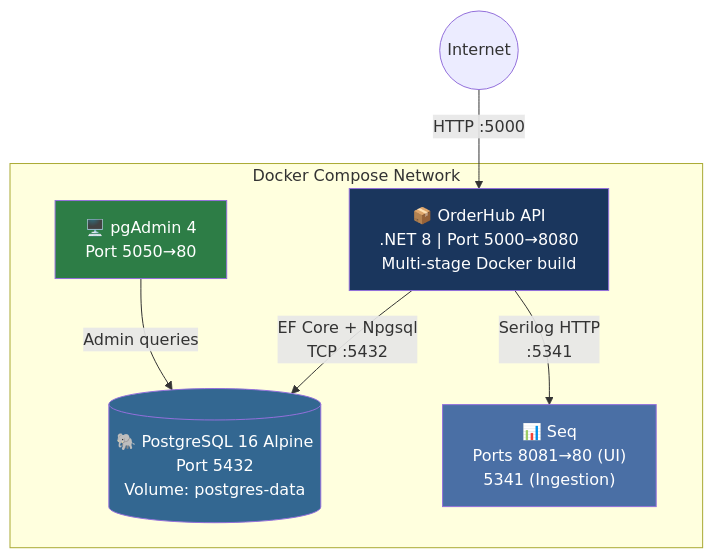
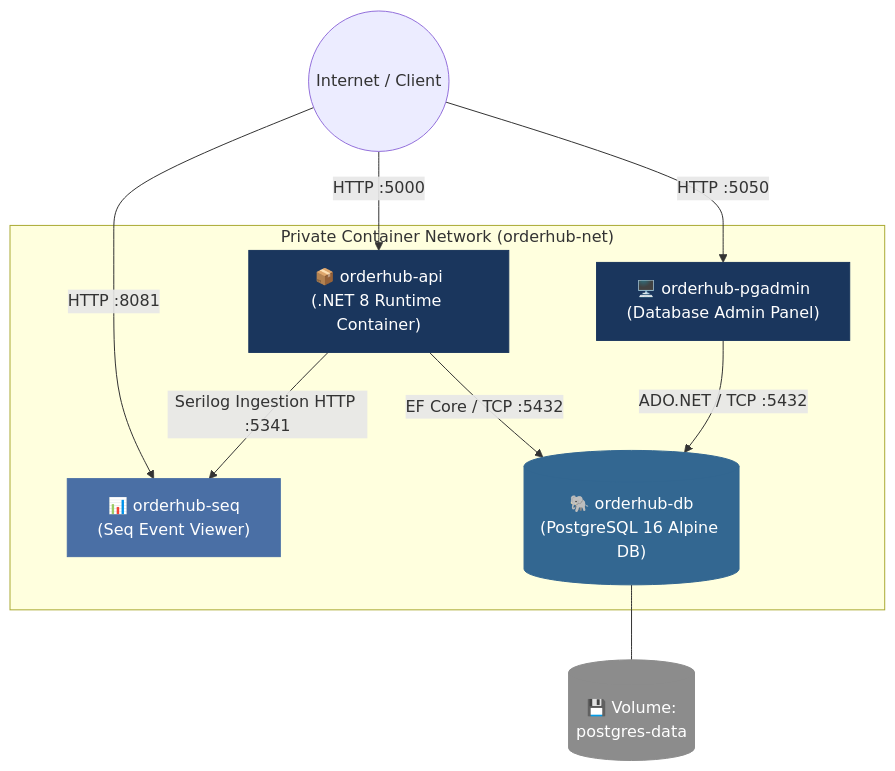
Before and after one commit to datngw/OrderHub: the first of 2 diagrams in docs/docusaurus/docs/architecture/07-deployment-view.md, drawn with Mermaid. The commit also changed other lines of this file and 28 other files, not shown here.

Commit message:
docs: Rewrite arc42 architecture docs and consolidate ADRs

````diff
--- a/docs/docusaurus/docs/architecture/07-deployment-view.md
+++ b/docs/docusaurus/docs/architecture/07-deployment-view.md
@@ -13,19 +15,32 @@
 ```mermaid
 graph TB
-    subgraph "Docker Compose Network"
-        API["📦 OrderHub API<br/>.NET 8 | Port 5000→8080<br/>Multi-stage Docker build"]
-        DB[("🐘 PostgreSQL 16 Alpine<br/>Port 5432<br/>Volume: postgres-data")]
-        PGA["🖥️ pgAdmin 4<br/>Port 5050→80"]
-        SEQ["📊 Seq<br/>Ports 8081→80 (UI)<br/>5341 (Ingestion)"]
+    Internet((Internet / Client)) -->|"HTTP :5000"| API["📦 orderhub-api<br/>(.NET 8 Runtime Container)"]
+    Internet -->|"HTTP :5050"| PGA["🖥️ orderhub-pgadmin<br/>(Database Admin Panel)"]
+    Internet -->|"HTTP :8081"| SEQ["📊 orderhub-seq<br/>(Seq Event Viewer)"]
+
+    subgraph Net ["Private Container Network (orderhub-net)"]
+        API
+        PGA
+        SEQ
+        DB[("🐘 orderhub-db<br/>(PostgreSQL 16 Alpine DB)")]
     end
 
-    Internet((Internet)) -->|"HTTP :5000"| API
-    API -->|"EF Core + Npgsql<br/>TCP :5432"| DB
-    API -->|"Serilog HTTP<br/>:5341"| SEQ
-    PGA -->|"Admin queries"| DB
+    %% Storage Volumes
+    DB --- VolDB[("💾 Volume:<br/>postgres-data")]
 
-    style API fill:#1a365d,color:#fff
-    style DB fill:#336791,color:#fff
-    style SEQ fill:#4a6fa5,color:#fff
-    style PGA fill:#2d7d46,color:#fff
+    %% Internal Communication
+    API -->|"EF Core / TCP :5432"| DB
+    API -->|"Serilog Ingestion HTTP :5341"| SEQ
+    PGA -->|"ADO.NET / TCP :5432"| DB
+
+    classDef host fill:#f5f5f5,stroke:#d9d9d9,color:#333;
+    classDef container fill:#1a365d,stroke:#1a365d,color:#fff;
+    classDef database fill:#336791,stroke:#336791,color:#fff;
+    classDef tool fill:#4a6fa5,stroke:#4a6fa5,color:#fff;
+    classDef volume fill:#8c8c8c,stroke:#8c8c8c,color:#fff;
+
+    class API,PGA container;
+    class DB database;
+    class SEQ tool;
+    class VolDB volume;
 ```
````
